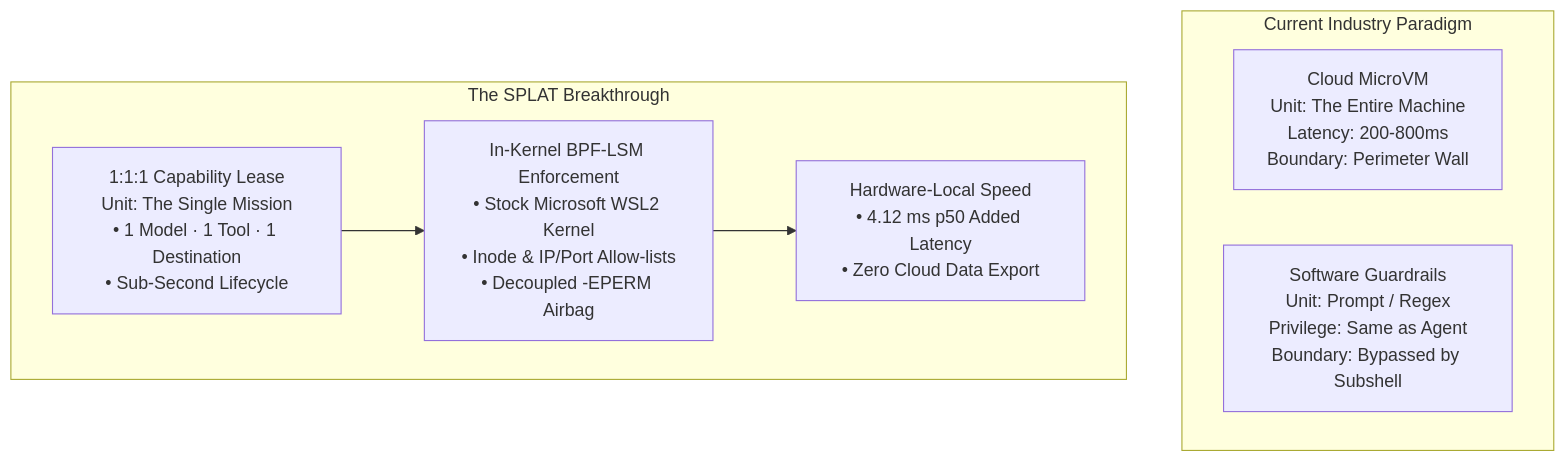
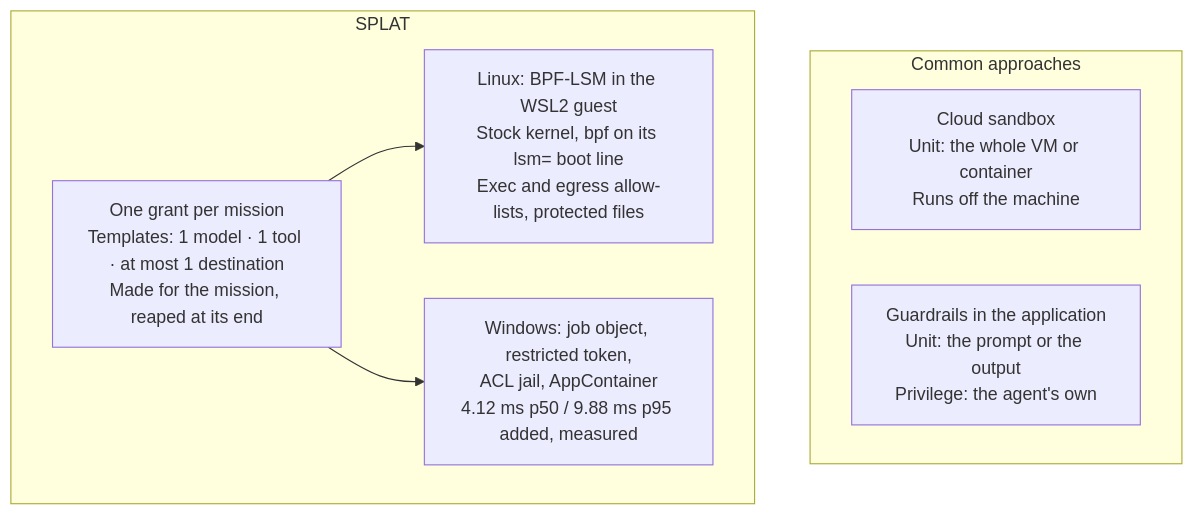
Before and after one commit to Spplatten/SPLAT: the diagram in docs/ARCHITECTURAL-BREAKTHROUGHS.md, drawn with Mermaid. The commit also changed other lines of this file and 21 other files, not shown here.

First line of the commit message:
fix: the parallel session's work says what it does, and its verifier runs

````diff
--- a/docs/ARCHITECTURAL-BREAKTHROUGHS.md
+++ b/docs/ARCHITECTURAL-BREAKTHROUGHS.md
@@ -67,16 +70,16 @@
 ```mermaid
 flowchart TD
-    subgraph SOTA["Current Industry Paradigm"]
-        VM["Cloud MicroVM<br/>Unit: The Entire Machine<br/>Latency: 200-800ms<br/>Boundary: Perimeter Wall"]
-        SW["Software Guardrails<br/>Unit: Prompt / Regex<br/>Privilege: Same as Agent<br/>Boundary: Bypassed by Subshell"]
+    subgraph SOTA["Common approaches"]
+        VM["Cloud sandbox<br/>Unit: the whole VM or container<br/>Runs off the machine"]
+        SW["Guardrails in the application<br/>Unit: the prompt or the output<br/>Privilege: the agent's own"]
     end
-    
-    subgraph SPLAT_ARCH["The SPLAT Breakthrough"]
-        LEASE["1:1:1 Capability Lease<br/>Unit: The Single Mission<br/>• 1 Model · 1 Tool · 1 Destination<br/>• Sub-Second Lifecycle"]
-        KERNEL["In-Kernel BPF-LSM Enforcement<br/>• Stock Microsoft WSL2 Kernel<br/>• Inode & IP/Port Allow-lists<br/>• Decoupled -EPERM Airbag"]
-        SPEED["Hardware-Local Speed<br/>• 4.12 ms p50 Added Latency<br/>• Zero Cloud Data Export"]
+
+    subgraph SPLAT_ARCH["SPLAT"]
+        LEASE["One grant per mission<br/>Templates: 1 model · 1 tool · at most 1 destination<br/>Made for the mission, reaped at its end"]
+        KERNEL["Linux: BPF-LSM in the WSL2 guest<br/>Stock kernel, bpf on its lsm= boot line<br/>Exec and egress allow-lists, protected files"]
+        WINDOWS["Windows: job object, restricted token,<br/>ACL jail, AppContainer<br/>4.12 ms p50 / 9.88 ms p95 added, measured"]
     end
-    
+
     LEASE --> KERNEL
-    KERNEL --> SPEED
+    LEASE --> WINDOWS
 ```
````
